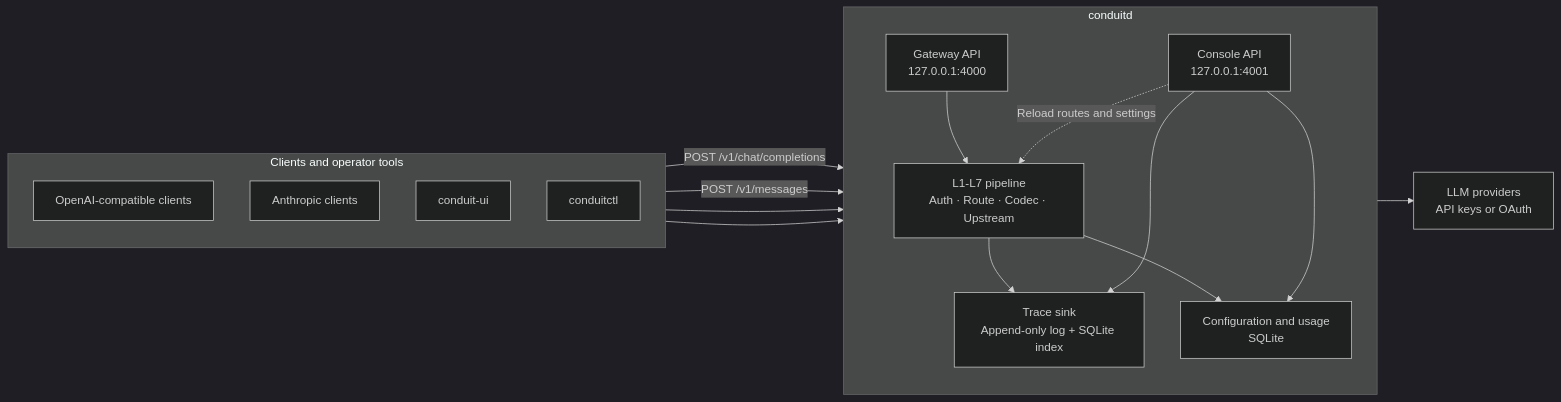
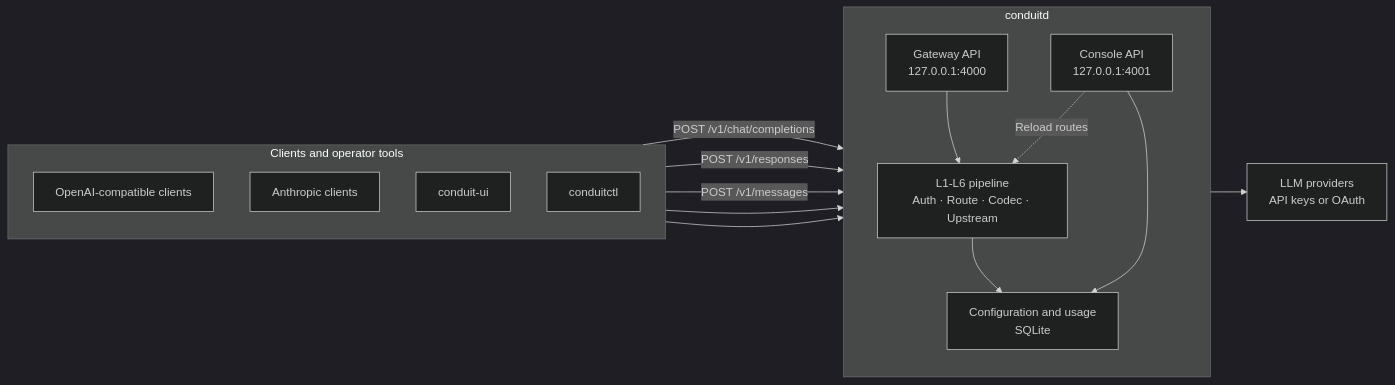
One commit to senpng/conduit changed the diagram in README.md. Above: the diagram before and after it, drawn with Mermaid (dark theme). The commit also changed other lines of this file and 112 other files, not shown here.

````diff
--- a/README.md
+++ b/README.md
@@ -27,34 +26,32 @@
 ```mermaid
 flowchart LR
   subgraph Clients[Clients and operator tools]
     direction TB
     OpenAI[OpenAI-compatible clients]
     Anthropic[Anthropic clients]
     UI[conduit-ui]
     CLI[conduitctl]
   end
 
   subgraph Daemon[conduitd]
     direction TB
     Gateway[Gateway API<br/>127.0.0.1:4000]
-    Pipeline[L1-L7 pipeline<br/>Auth · Route · Codec · Upstream]
+    Pipeline[L1-L6 pipeline<br/>Auth · Route · Codec · Upstream]
     Console[Console API<br/>127.0.0.1:4001]
-    Trace[Trace sink<br/>Append-only log + SQLite index]
     Store[Configuration and usage<br/>SQLite]
 
     Gateway --> Pipeline
-    Pipeline --> Trace
     Pipeline --> Store
-    Console --> Trace
     Console --> Store
-    Console -. Reload routes and settings .-> Pipeline
+    Console -. Reload routes .-> Pipeline
   end
 
   Providers[LLM providers<br/>API keys or OAuth]
 
   OpenAI -->|POST /v1/chat/completions| Gateway
+  OpenAI -->|POST /v1/responses| Gateway
   Anthropic -->|POST /v1/messages| Gateway
   UI --> Console
   CLI --> Console
   Pipeline --> Providers
 ```
````
